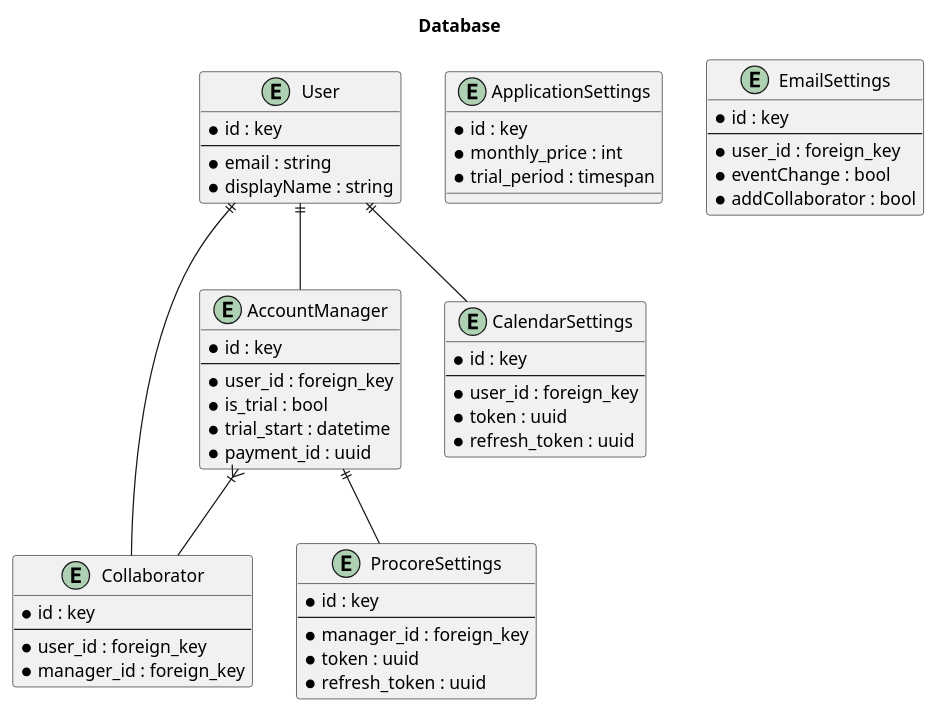
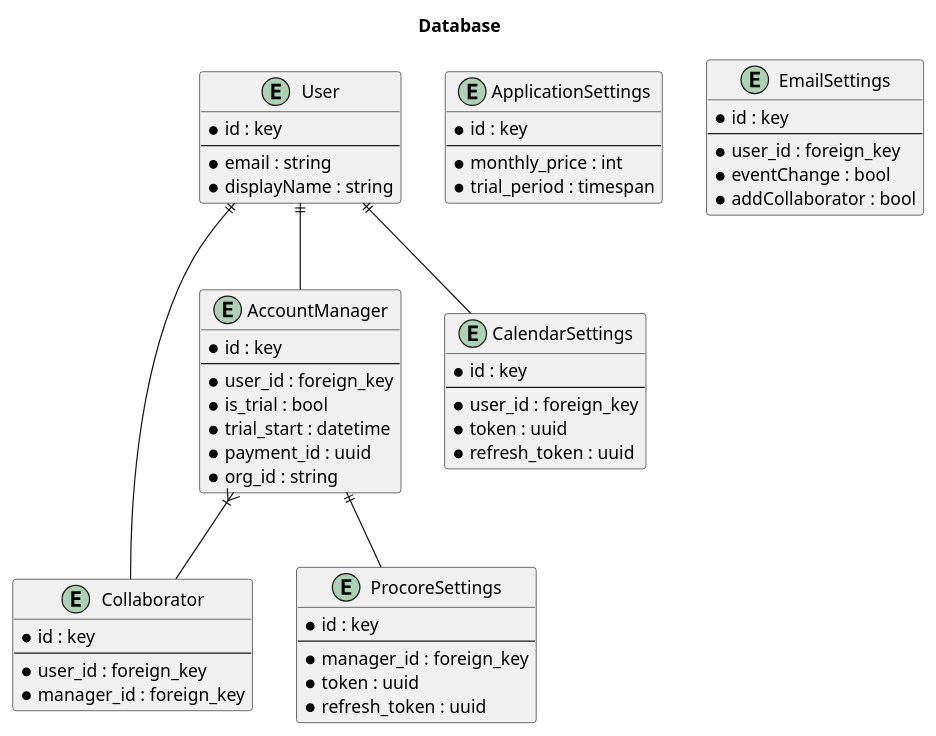
The diagram in diagrams/database.wsd (adhurjaty/procore-gcal), drawn with PlantUML before and after one commit. The commit also changed 14 other files, not shown here.

```diff
--- a/diagrams/database.wsd
+++ b/diagrams/database.wsd
@@ -1,63 +1,65 @@
 @startuml
 title Database
 
 entity User {
     * id : key
     ---
     * email : string
     * displayName : string
 }
 
 entity AccountManager {
     * id : key
     ---
     * user_id : foreign_key
     * is_trial : bool
     * trial_start : datetime
     * payment_id : uuid
+    * org_id : string
 }
 
 entity Collaborator {
     * id : key
     ---
     * user_id : foreign_key
     * manager_id : foreign_key
 }
 
 entity ProcoreSettings {
     * id : key
     ---
     * manager_id : foreign_key
     * token : uuid
     * refresh_token : uuid
 }
 
 entity CalendarSettings {
     * id : key
     ---
     * user_id : foreign_key
     * token : uuid
     * refresh_token : uuid
 }
 
 entity ApplicationSettings {
     * id : key
+    ---
     * monthly_price : int
     * trial_period : timespan
 }
 
 entity EmailSettings {
     * id : key
     ---
     * user_id : foreign_key
     * eventChange : bool
     * addCollaborator : bool
 }
 
 AccountManager ||-- ProcoreSettings
 User ||-- AccountManager
 User ||-- CalendarSettings
 User ||-- Collaborator
 AccountManager }|-- Collaborator
 
 @enduml
```
